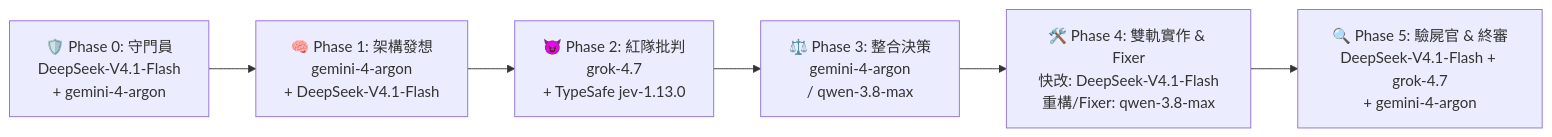
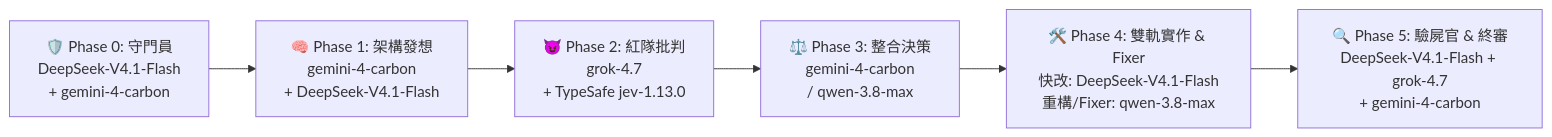
One commit to yangjiaxing3/dotfiles-gemini changed the diagram in WALKTHROUGH_SWARM_V3_AND_SKILLS.md. Above: the diagram before and after it, drawn with Mermaid. The commit also changed other lines of this file and 793 other files, not shown here.

````diff
--- a/WALKTHROUGH_SWARM_V3_AND_SKILLS.md
+++ b/WALKTHROUGH_SWARM_V3_AND_SKILLS.md
@@ -58,8 +58,8 @@
 ```mermaid
 flowchart LR
-    P0["🛡️ Phase 0: 守門員<br/>DeepSeek-V4.1-Flash<br/>+ gemini-4-argon"] --> P1["🧠 Phase 1: 架構發想<br/>gemini-4-argon<br/>+ DeepSeek-V4.1-Flash"]
+    P0["🛡️ Phase 0: 守門員<br/>DeepSeek-V4.1-Flash<br/>+ gemini-4-carbon"] --> P1["🧠 Phase 1: 架構發想<br/>gemini-4-carbon<br/>+ DeepSeek-V4.1-Flash"]
     P1 --> P2["😈 Phase 2: 紅隊批判<br/>grok-4.7<br/>+ TypeSafe jev-1.13.0"]
-    P2 --> P3["⚖️ Phase 3: 整合決策<br/>gemini-4-argon<br/>/ qwen-3.8-max"]
+    P2 --> P3["⚖️ Phase 3: 整合決策<br/>gemini-4-carbon<br/>/ qwen-3.8-max"]
     P3 --> P4["🛠️ Phase 4: 雙軌實作 & Fixer<br/>快改: DeepSeek-V4.1-Flash<br/>重構/Fixer: qwen-3.8-max"]
-    P4 --> P5["🔍 Phase 5: 驗屍官 & 終審<br/>DeepSeek-V4.1-Flash + grok-4.7<br/>+ gemini-4-argon"]
+    P4 --> P5["🔍 Phase 5: 驗屍官 & 終審<br/>DeepSeek-V4.1-Flash + grok-4.7<br/>+ gemini-4-carbon"]
 ```
````
